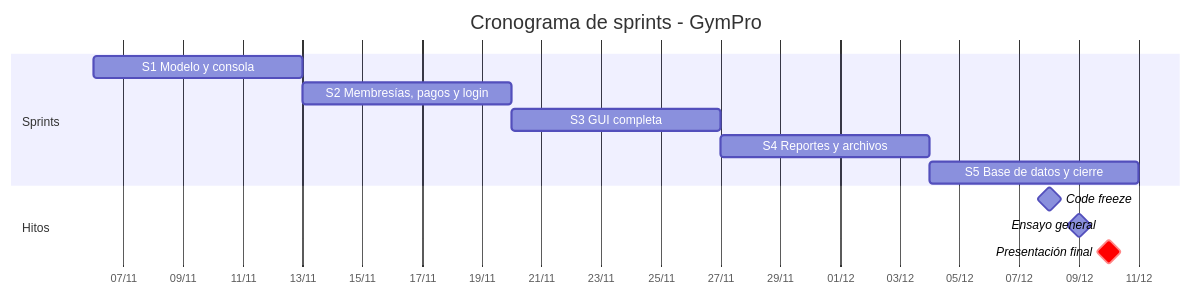
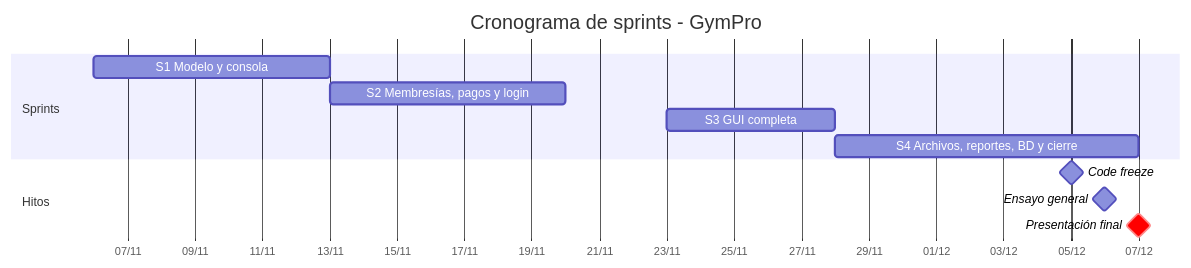
The first of 2 diagrams in docs/Plan_Scrum_GymPro.md (G-Eydan/gimnasio-poo), drawn with Mermaid before and after one commit. The commit also changed other lines of this file, not shown here.

````diff
--- a/docs/Plan_Scrum_GymPro.md
+++ b/docs/Plan_Scrum_GymPro.md
@@ -62,16 +63,15 @@
 ```mermaid
 gantt
     title Cronograma de sprints - GymPro
     dateFormat YYYY-MM-DD
     axisFormat %d/%m
     section Sprints
     S1 Modelo y consola              :s1, 2026-11-06, 7d
     S2 Membresías, pagos y login     :s2, after s1, 7d
-    S3 GUI completa                  :s3, after s2, 7d
-    S4 Reportes y archivos           :s4, after s3, 7d
-    S5 Base de datos y cierre        :s5, after s4, 7d
+    S3 GUI completa                  :s3, 2026-11-23, 5d
+    S4 Archivos, reportes, BD y cierre :s4, 2026-11-28, 9d
     section Hitos
-    Code freeze                      :milestone, 2026-12-08, 0d
-    Ensayo general                   :milestone, 2026-12-09, 0d
-    Presentación final               :crit, milestone, 2026-12-10, 0d
+    Code freeze                      :milestone, 2026-12-05, 0d
+    Ensayo general                   :milestone, 2026-12-06, 0d
+    Presentación final               :crit, milestone, 2026-12-07, 0d
 ```
````
